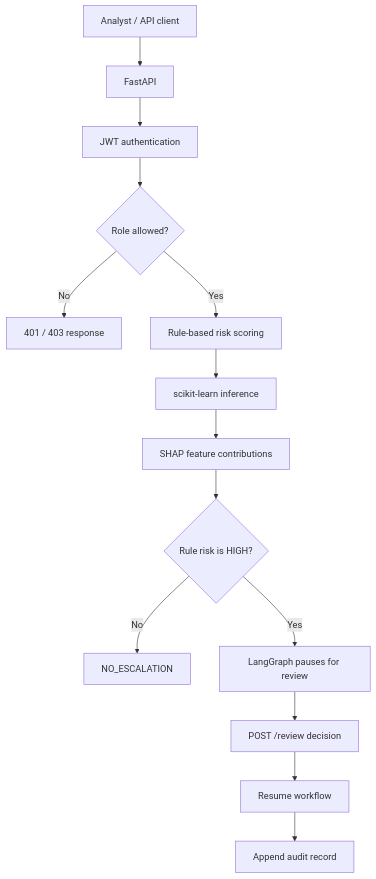
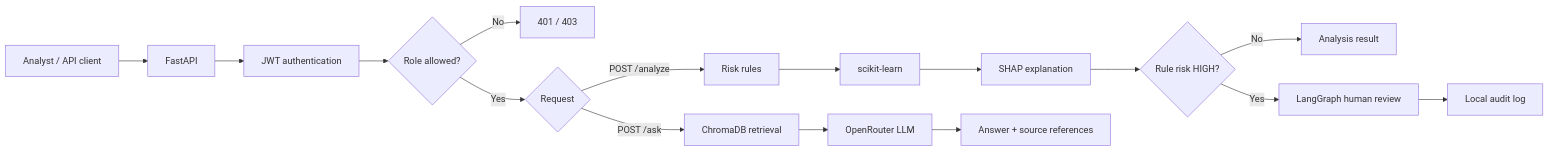
One commit to Mohsen-hub01/identityshield-ai changed the first of 7 diagrams in README.md. Above: the diagram before and after it, drawn with Mermaid. The commit also changed other lines of this file, not shown here.

Commit message:
docs: redesign README with visual architecture

````diff
--- a/README.md
+++ b/README.md
@@ -41,16 +35,18 @@
 ```mermaid
-flowchart TD
-    U[Analyst / API client] --> API[FastAPI]
+flowchart LR
+    CLIENT[Analyst / API client] --> API[FastAPI]
     API --> AUTH[JWT authentication]
     AUTH --> RBAC{Role allowed?}
-    RBAC -- No --> DENY[401 / 403 response]
-    RBAC -- Yes --> RULES[Rule-based risk scoring]
-    RULES --> ML[scikit-learn inference]
-    ML --> XAI[SHAP feature contributions]
-    XAI --> DECISION{Rule risk is HIGH?}
-    DECISION -- No --> NORMAL[NO_ESCALATION]
-    DECISION -- Yes --> WAIT[LangGraph pauses for review]
-    WAIT --> REVIEW[POST /review decision]
-    REVIEW --> RESUME[Resume workflow]
-    RESUME --> AUDIT[Append audit record]
+    RBAC -- No --> DENY[401 / 403]
+    RBAC -- Yes --> ROUTER{Request}
+    ROUTER -->|POST /analyze| RULES[Risk rules]
+    RULES --> ML[scikit-learn]
+    ML --> SHAP[SHAP explanation]
+    SHAP --> ROUTE{Rule risk HIGH?}
+    ROUTE -- No --> RESULT[Analysis result]
+    ROUTE -- Yes --> REVIEW[LangGraph human review]
+    REVIEW --> AUDIT[Local audit log]
+    ROUTER -->|POST /ask| RETRIEVER[ChromaDB retrieval]
+    RETRIEVER --> LLM[OpenRouter LLM]
+    LLM --> ANSWER[Answer + source references]
 ```
````
